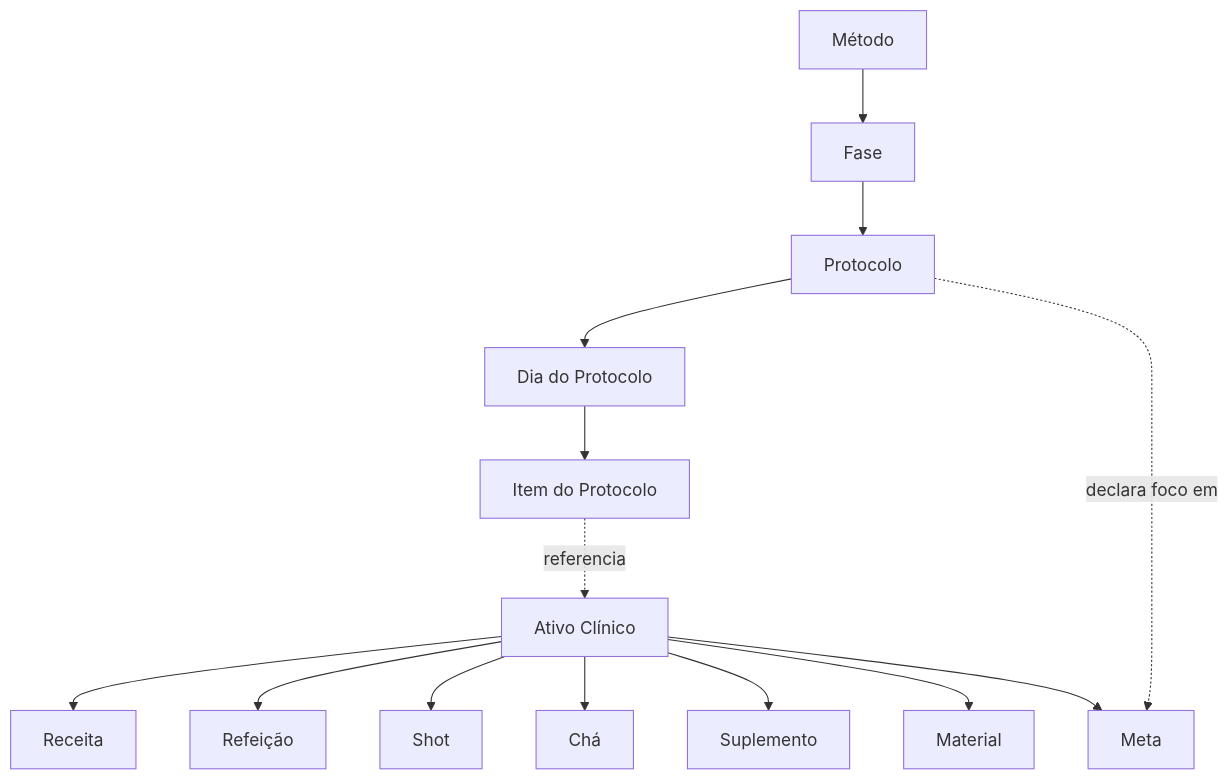
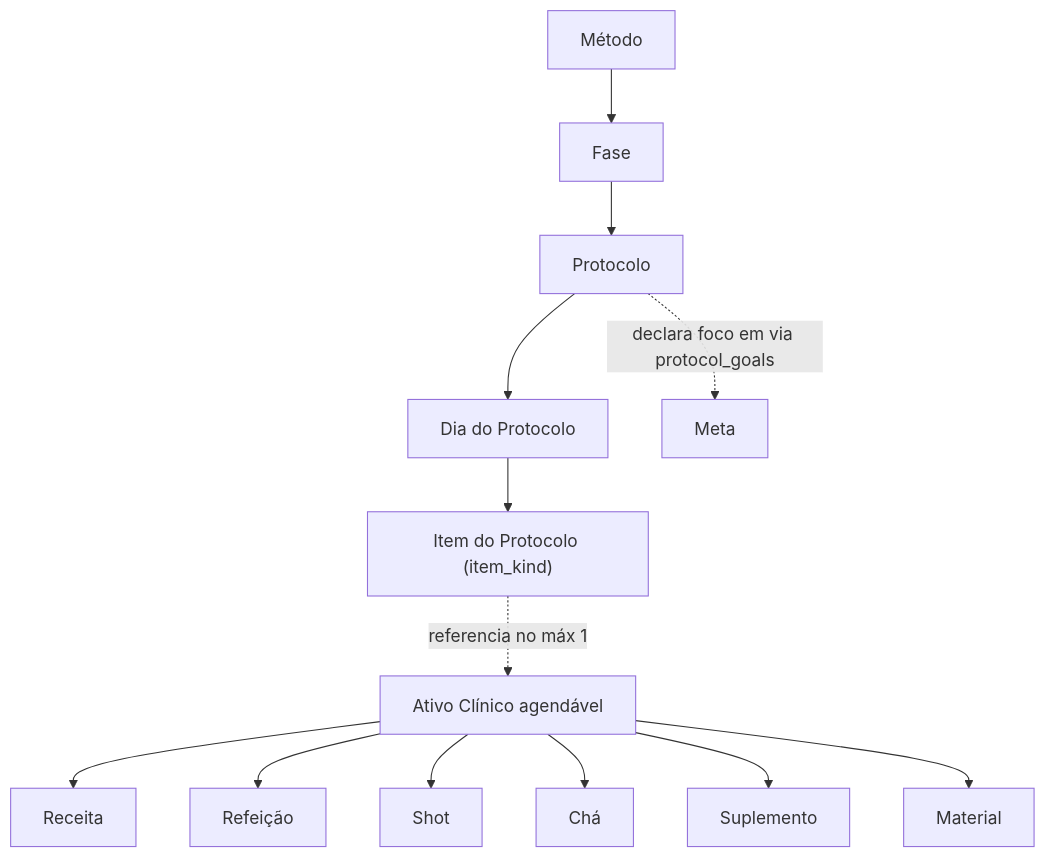
One commit to agendanutrijulianamoreira-droid/meu-club-nutri-ia changed the first of 3 diagrams in docs/architecture/sub-fase-3-protocolos.md. Above: the diagram before and after it, drawn with Mermaid. The commit also changed other lines of this file, not shown here.

````diff
--- a/docs/architecture/sub-fase-3-protocolos.md
+++ b/docs/architecture/sub-fase-3-protocolos.md
@@ -330,16 +374,15 @@
 ```mermaid
 flowchart TD
     A[Método] --> B[Fase]
     B --> C[Protocolo]
     C --> D[Dia do Protocolo]
-    D --> E[Item do Protocolo]
-    E -.referencia.-> F[Ativo Clínico]
+    D --> E["Item do Protocolo (item_kind)"]
+    E -.referencia no máx 1.-> F[Ativo Clínico agendável]
     F --> F1[Receita]
     F --> F2[Refeição]
     F --> F3[Shot]
     F --> F4[Chá]
     F --> F5[Suplemento]
     F --> F6[Material]
-    F --> F7[Meta]
-    C -.declara foco em.-> F7
+    C -.declara foco em via protocol_goals.-> F7[Meta]
 ```
````
